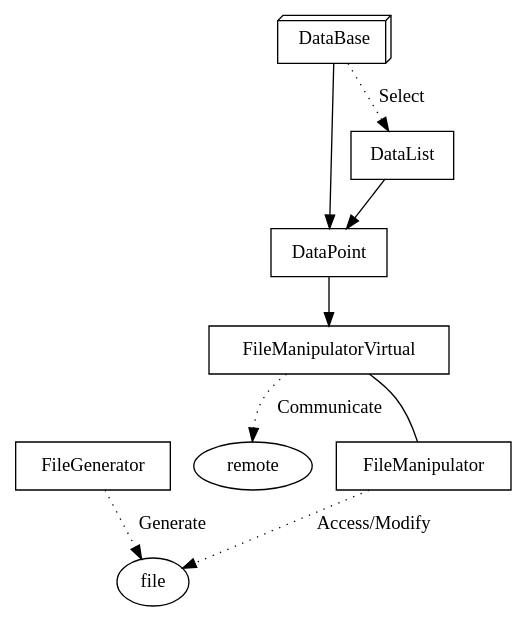
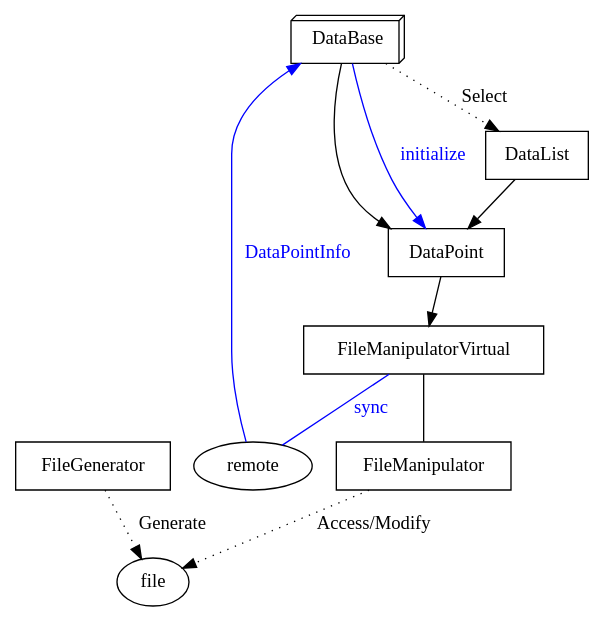
Before and after one commit to MenxLi/Lires: the first of 2 diagrams in 开发说明.md, drawn with Graphviz. The commit also changed other lines of this file, not shown here.

Commit message:
doc: graph change - add file system

````diff
--- a/开发说明.md
+++ b/开发说明.md
@@ -28,25 +28,30 @@
 ```dot
 digraph DataGraph{
     node [shape=box]
     compound=true
     subgraph FileSys{
         file [shape=ellipse]
         remote [shape=ellipse]
         FileGenerator -> file [style=dotted, label="Generate"]
         FileManipulator -> file [style=dotted, label="Access/Modify"]
         FileManipulatorVirtual -> FileManipulator [dir=none]
-        FileManipulatorVirtual -> remote [style=dotted, label="Communicate"]
     }
     subgraph DataSys{
         DataBase [shape=box3d]
         DataBase -> DataPoint 
         //DataBase -> dict [dir=none]
         DataBase -> DataList [style=dotted, label="Select"]
         DataList -> DataPoint
         //DataList -> list [dir=none]
         DataPoint -> FileManipulatorVirtual
         //DataTags
         //DataList
     }
+    subgraph Online{
+        edge [color=blue fontcolor=blue]
+        FileManipulatorVirtual -> remote [style=normal, label="sync", dir=none]
+        DataBase -> remote [dir=back, label="DataPointInfo"]
+        DataBase -> DataPoint [label="initialize"]
+    }
 }
 ```
````
